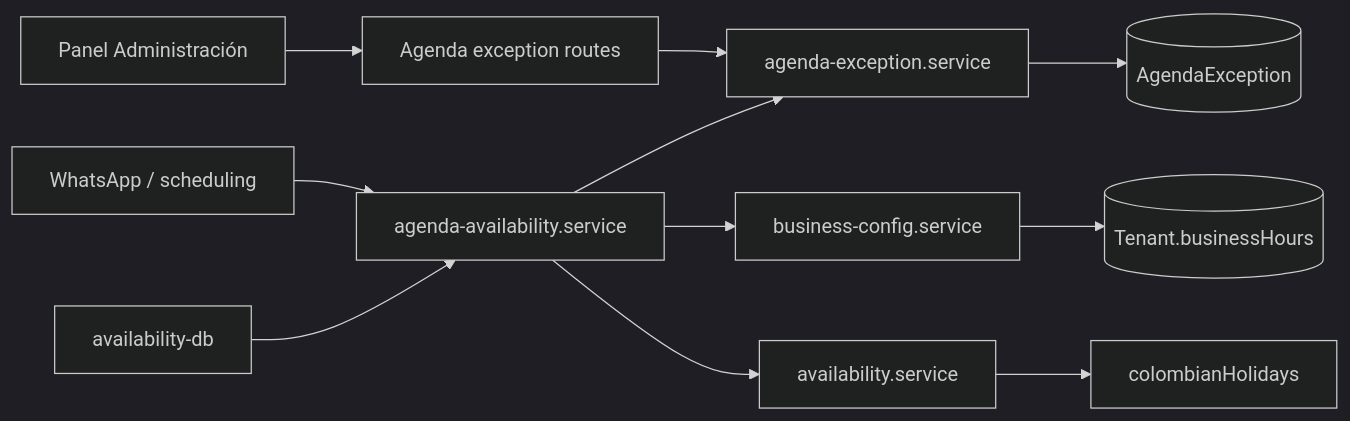
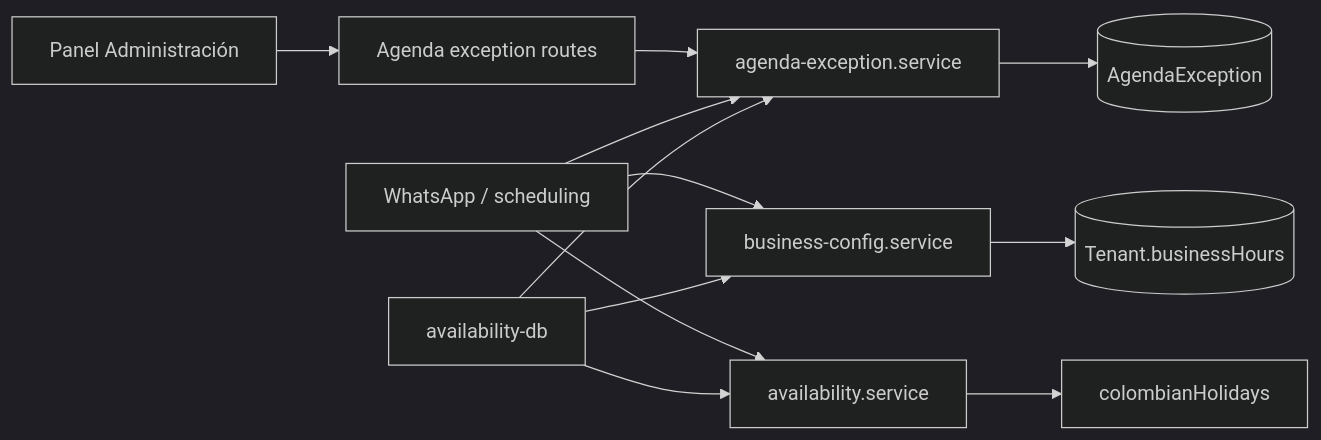
The diagram in docs/architecture/AGENDA_EXCEPTIONS_STAGE_3_TECHNICAL_ARCHITECTURE.md (andresmesadev/mateos-pet-ai), drawn with Mermaid (dark theme) before and after one commit. The commit also changed other lines of this file and 5 other files, not shown here.

````diff
--- a/docs/architecture/AGENDA_EXCEPTIONS_STAGE_3_TECHNICAL_ARCHITECTURE.md
+++ b/docs/architecture/AGENDA_EXCEPTIONS_STAGE_3_TECHNICAL_ARCHITECTURE.md
@@ -20,13 +20,14 @@
 ```mermaid
 flowchart LR
   UI[Panel Administración] --> API[Agenda exception routes]
   API --> EX[agenda-exception.service]
   EX --> DB[(AgendaException)]
-  WA[WhatsApp / scheduling] --> AV[agenda-availability.service]
-  SUG[availability-db] --> AV
-  AV --> EX
-  AV --> BH[business-config.service]
-  AV --> PURE[availability.service]
+  WA[WhatsApp / scheduling] --> EX
+  WA --> BH[business-config.service]
+  WA --> PURE[availability.service]
+  SUG[availability-db] --> EX
+  SUG --> BH
+  SUG --> PURE
   BH --> TENANT[(Tenant.businessHours)]
   PURE --> HOL[colombianHolidays]
 ```
````
